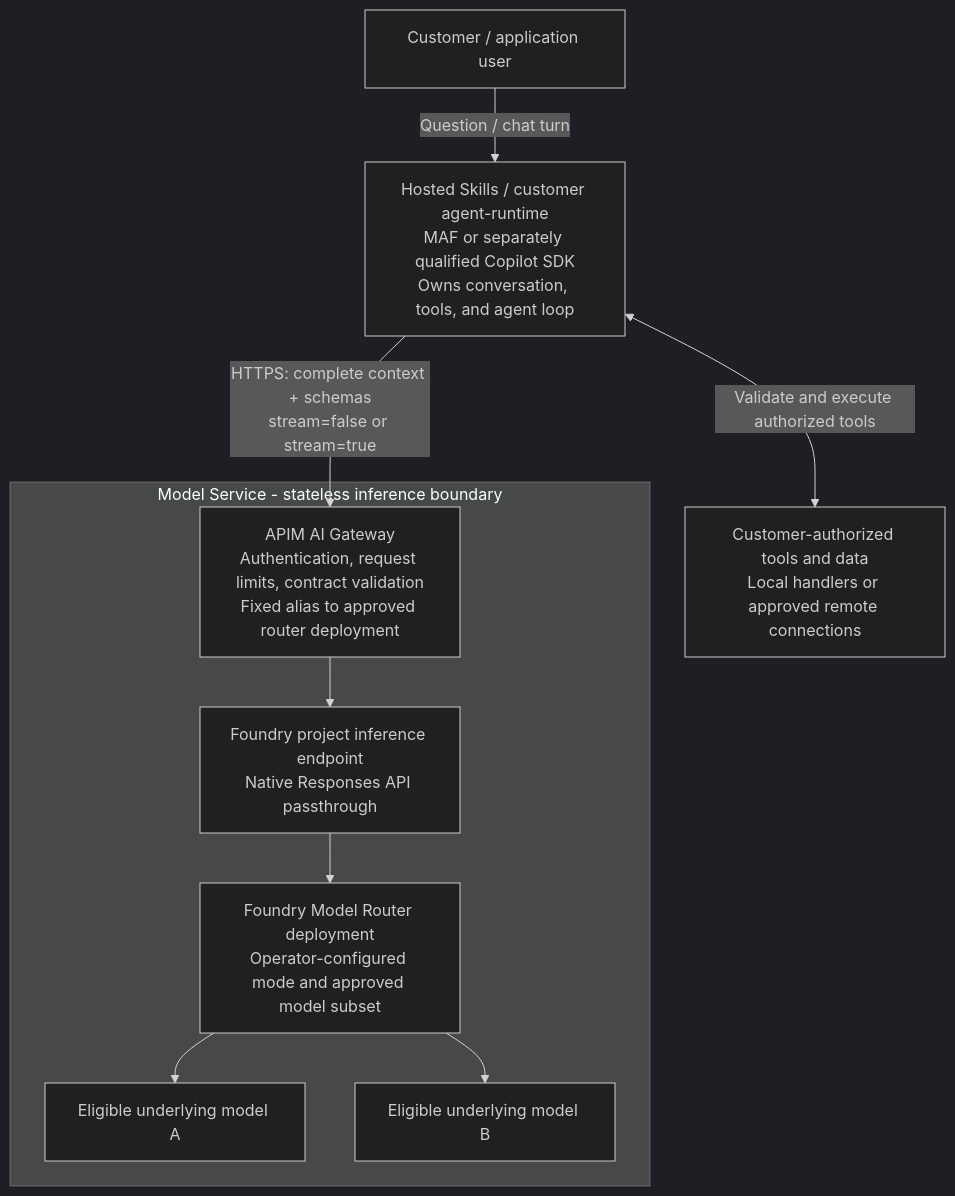
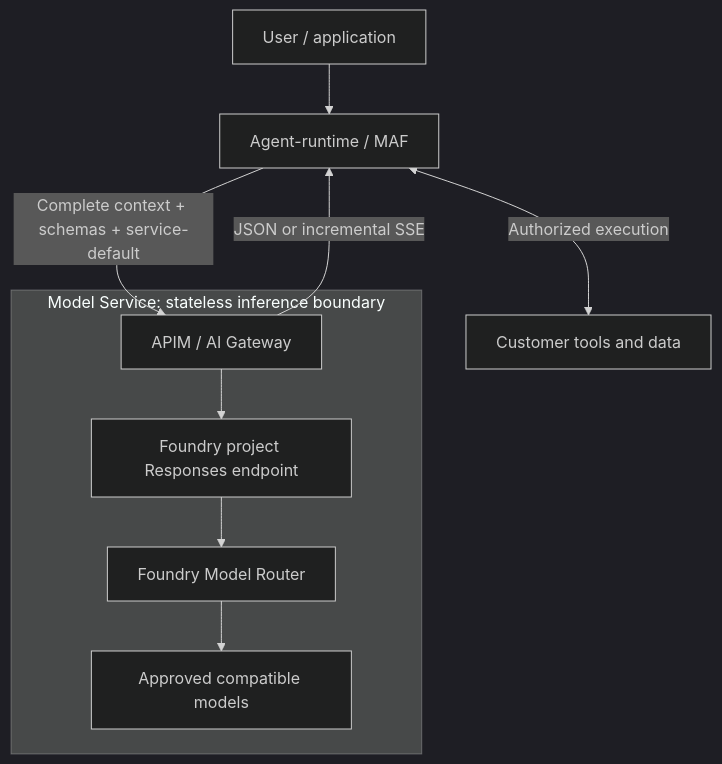
One commit to swapnil-nagar/model-service-pocs changed the diagram in 09-stateless-model-router/proposal.md. Above: the diagram before and after it, drawn with Mermaid (dark theme). The commit also changed other lines of this file and 1 other file, not shown here.

Commit message:
Clarify POC 09 scope, contracts and runtime changes

````diff
--- a/09-stateless-model-router/proposal.md
+++ b/09-stateless-model-router/proposal.md
@@ -42,22 +49,12 @@
 ```mermaid
 flowchart TB
-    U["Customer / application user"]
-    R["Hosted Skills / customer agent-runtime<br/>MAF or separately qualified Copilot SDK<br/>Owns conversation, tools, and agent loop"]
-    T["Customer-authorized tools and data<br/>Local handlers or approved remote connections"]
-
-    subgraph MS["Model Service - stateless inference boundary"]
-        G["APIM AI Gateway<br/>Authentication, request limits, contract validation<br/>Fixed alias to approved router deployment"]
-        P["Foundry project inference endpoint<br/>Native Responses API passthrough"]
-        MR["Foundry Model Router deployment<br/>Operator-configured mode and approved model subset"]
-        A["Eligible underlying model A"]
-        B["Eligible underlying model B"]
-        G --> P
-        P --> MR
-        MR --> A
-        MR --> B
+    U["User / application"] --> R["Agent-runtime / MAF"]
+    R <-->|"Authorized execution"| T["Customer tools and data"]
+    subgraph MS["Model Service: stateless inference boundary"]
+        G["APIM / AI Gateway"] --> P["Foundry project Responses endpoint"]
+        P --> MR["Foundry Model Router"]
+        MR --> M["Approved compatible models"]
     end
-
-    U -->|"Question / chat turn"| R
-    R <-->|"Validate and execute authorized tools"| T
-    R -->|"HTTPS: complete context + schemas<br/>stream=false or stream=true"| G
+    R -->|"Complete context + schemas + service-default"| G
+    G -->|"JSON or incremental SSE"| R
 ```
````
